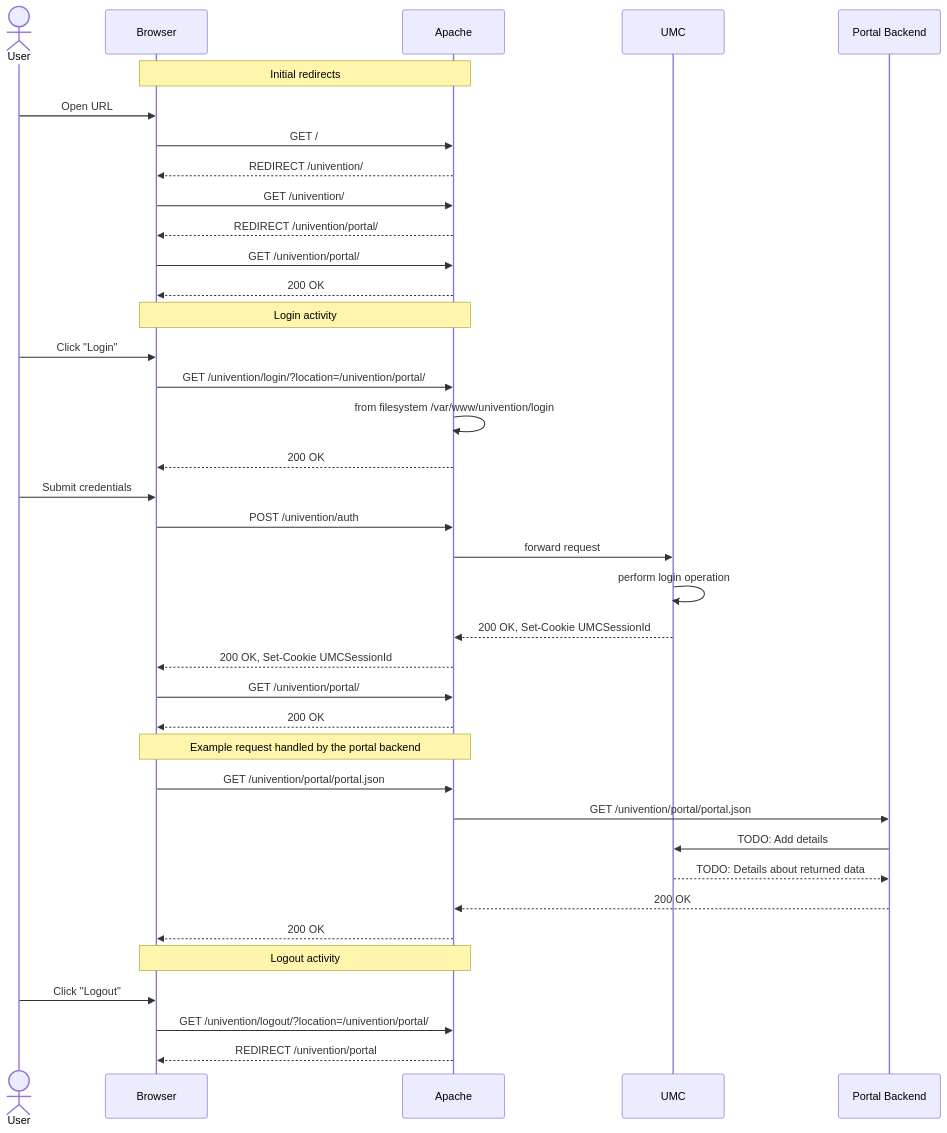
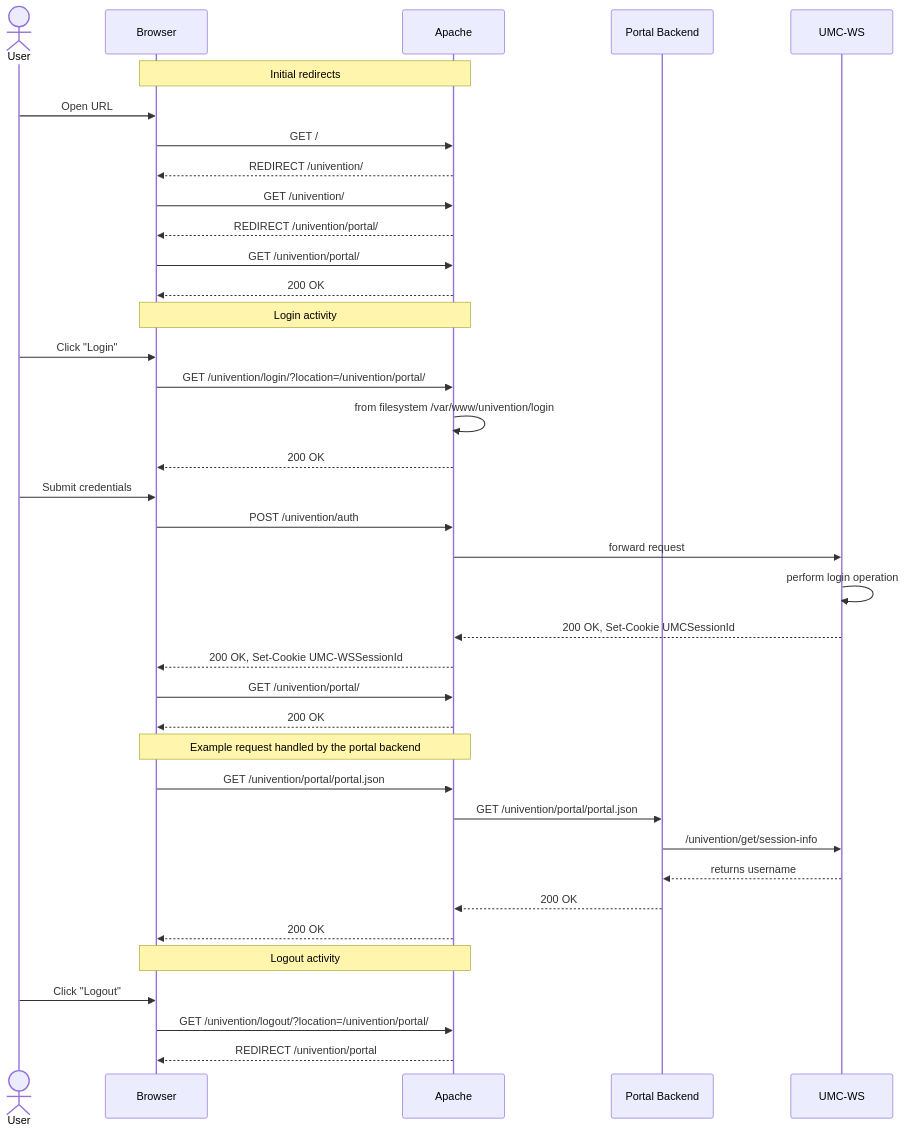
One commit to univention/univention-portal changed the second of 2 diagrams in docs/containerization/auth.md. Above: the diagram before and after it, drawn with Mermaid. The commit also changed other lines of this file, not shown here.

Commit message:
Finish login path of the authentication based on UMC

````diff
--- a/docs/containerization/auth.md
+++ b/docs/containerization/auth.md
@@ -36,50 +54,57 @@
 ```mermaid
 
 sequenceDiagram
 
     actor User
+
+    participant Browser
+    participant Apache
+    participant Portal Backend
+    participant UMC-WS
+
 
     Note over Browser,Apache: Initial redirects
 
     User ->> Browser: Open URL
     Browser ->> Apache: GET /
     Apache -->> Browser: REDIRECT /univention/
     Browser ->> Apache: GET /univention/
     Apache -->> Browser: REDIRECT /univention/portal/
     Browser ->> Apache: GET /univention/portal/
     Apache -->> Browser: 200 OK
 
     Note over Browser,Apache: Login activity
 
     User ->> Browser: Click "Login"
     Browser ->> Apache: GET /univention/login/?location=/univention/portal/
     Apache ->> Apache: from filesystem /var/www/univention/login
     Apache -->> Browser: 200 OK
 
     User ->> Browser: Submit credentials
     Browser ->> Apache: POST /univention/auth
-    Apache ->> UMC: forward request
-    UMC ->> UMC: perform login operation
-    UMC -->> Apache: 200 OK, Set-Cookie UMCSessionId
-    Apache -->> Browser: 200 OK, Set-Cookie UMCSessionId
+    Apache ->> UMC-WS: forward request
+    UMC-WS ->> UMC-WS: perform login operation
+    UMC-WS -->> Apache: 200 OK, Set-Cookie UMCSessionId
+    Apache -->> Browser: 200 OK, Set-Cookie UMC-WSSessionId
 
     Browser ->> Apache: GET /univention/portal/
     Apache -->> Browser: 200 OK
 
     Note over Browser,Apache: Example request handled by the portal backend
 
     Browser ->> Apache: GET /univention/portal/portal.json
     Apache ->> Portal Backend: GET /univention/portal/portal.json
 
-    Portal Backend ->> UMC: TODO: Add details
-    UMC -->> Portal Backend: TODO: Details about returned data
+    Portal Backend ->> UMC-WS: /univention/get/session-info
+    UMC-WS -->> Portal Backend: returns username
 
     Portal Backend -->> Apache: 200 OK
     Apache -->> Browser: 200 OK
 
     Note over Browser,Apache: Logout activity
 
     User ->> Browser: Click "Logout"
     Browser ->> Apache: GET /univention/logout/?location=/univention/portal/
+
     Apache -->> Browser: REDIRECT /univention/portal
 ```
````
